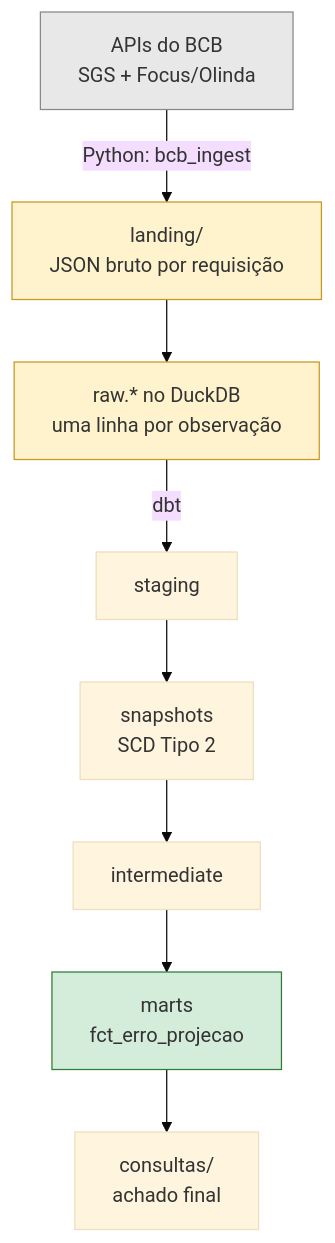
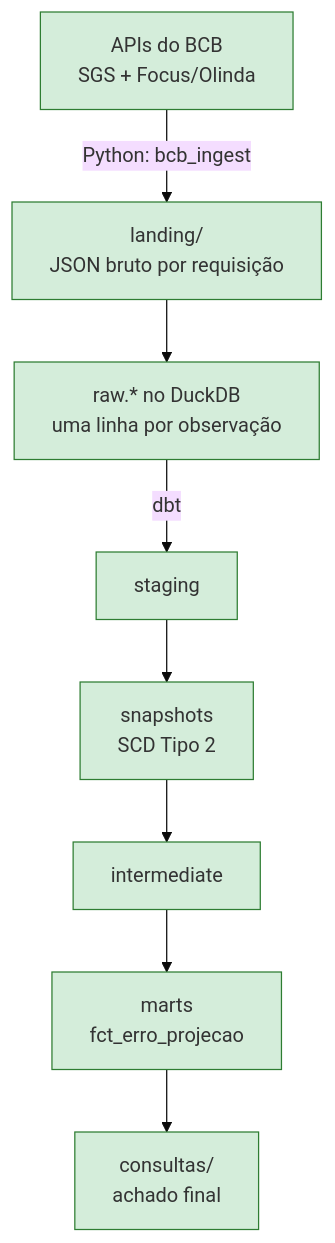
One commit to Mikhael-Groschitz/bcb-macro-elt-python-dbt changed the diagram in README.md. Above: the diagram before and after it, drawn with Mermaid (base theme). The commit also changed other lines of this file and 27 other files, not shown here.

````diff
--- a/README.md
+++ b/README.md
@@ -44,15 +66,19 @@
 ```mermaid
 flowchart TD
     A[APIs do BCB<br/>SGS + Focus/Olinda] -->|Python: bcb_ingest| B[landing/<br/>JSON bruto por requisição]
     B --> C[raw.* no DuckDB<br/>uma linha por observação]
     C -->|dbt| D[staging]
     D --> E[snapshots<br/>SCD Tipo 2]
     E --> F[intermediate]
     F --> G[marts<br/>fct_erro_projecao]
     G --> H[consultas/<br/>achado final]
 
-    style A fill:#e8e8e8,stroke:#888
-    style B fill:#fff3cd,stroke:#c9971f
-    style C fill:#fff3cd,stroke:#c9971f
+    style A fill:#d4edda,stroke:#2e7d32
+    style B fill:#d4edda,stroke:#2e7d32
+    style C fill:#d4edda,stroke:#2e7d32
+    style D fill:#d4edda,stroke:#2e7d32
+    style E fill:#d4edda,stroke:#2e7d32
+    style F fill:#d4edda,stroke:#2e7d32
     style G fill:#d4edda,stroke:#2e7d32
+    style H fill:#d4edda,stroke:#2e7d32
 ```
````
